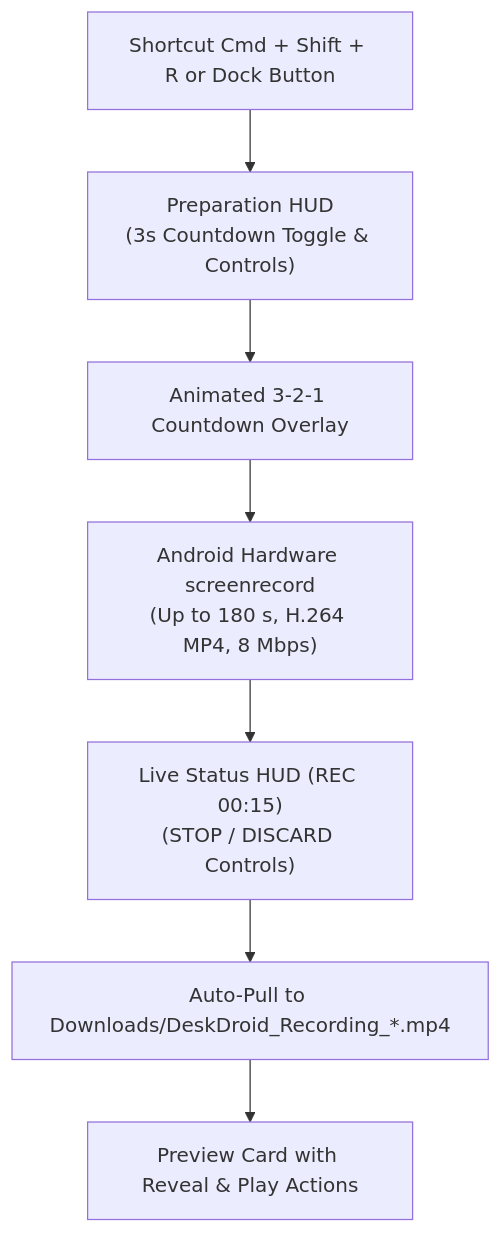
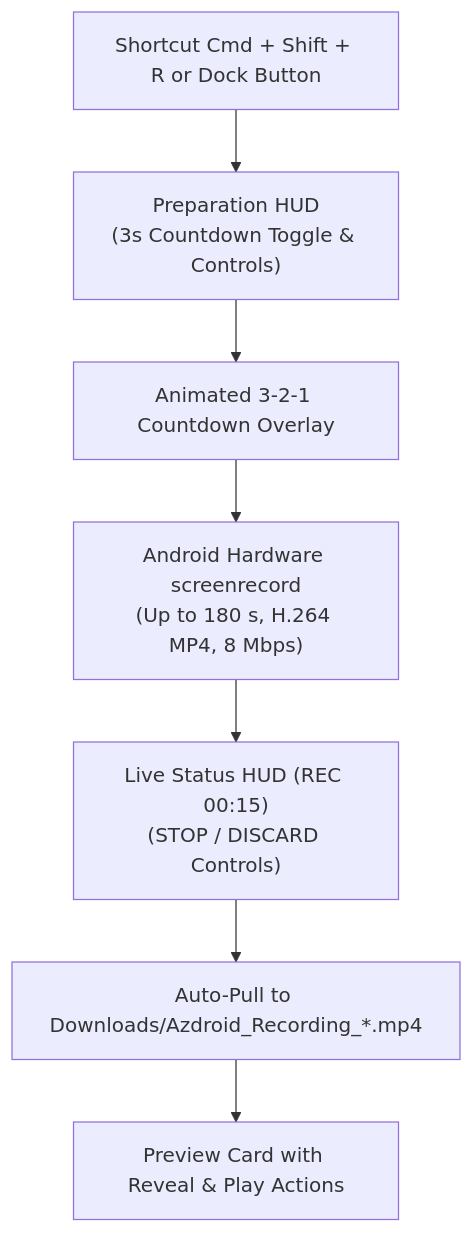
One commit to az-coder-123/azdroid changed the diagram in docs/features/hardware-screen-recording.md. Above: the diagram before and after it, drawn with Mermaid. The commit also changed other lines of this file and 101 other files, not shown here.

````diff
--- a/docs/features/hardware-screen-recording.md
+++ b/docs/features/hardware-screen-recording.md
@@ -19,9 +19,9 @@
 ```mermaid
 flowchart TD
     Trigger["Shortcut Cmd + Shift + R or Dock Button"] --> Prep["Preparation HUD\n(3s Countdown Toggle & Controls)"]
     Prep --> Countdown["Animated 3-2-1 Countdown Overlay"]
     Countdown --> Record["Android Hardware screenrecord\n(Up to 180 s, H.264 MP4, 8 Mbps)"]
     Record --> HUD["Live Status HUD (REC 00:15)\n(STOP / DISCARD Controls)"]
-    HUD --> Pull["Auto-Pull to Downloads/DeskDroid_Recording_*.mp4"]
+    HUD --> Pull["Auto-Pull to Downloads/Azdroid_Recording_*.mp4"]
     Pull --> Complete["Preview Card with Reveal & Play Actions"]
 ```
````
